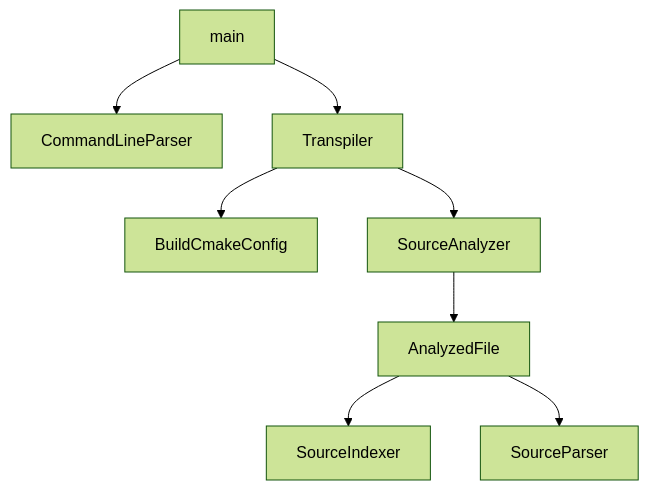
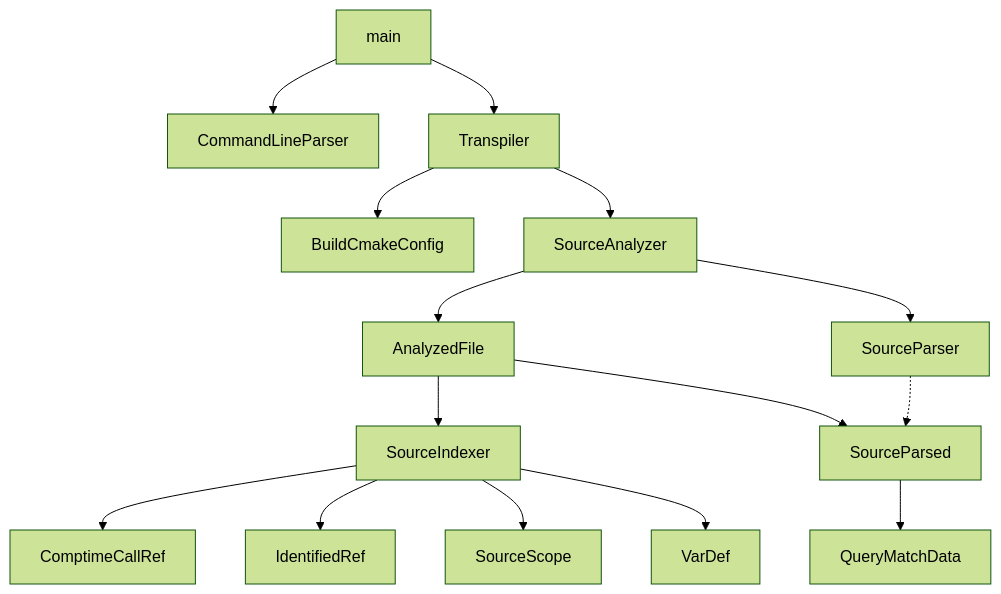
One commit to GuillaumeBouchetEpitech/LazyC changed the second of 2 diagrams in NOTES.md. Above: the diagram before and after it, drawn with Mermaid (forest theme). The commit also changed other lines of this file and 46 other files, not shown here.

````diff
--- a/NOTES.md
+++ b/NOTES.md
@@ -51,12 +51,19 @@
 ```mermaid
 
 flowchart
   main --> CommandLineParser
   main --> Transpiler
   Transpiler --> BuildCmakeConfig
   Transpiler --> SourceAnalyzer
   SourceAnalyzer --> AnalyzedFile
+  SourceAnalyzer --> SourceParser
   AnalyzedFile --> SourceIndexer
-  AnalyzedFile --> SourceParser
+  SourceIndexer --> ComptimeCallRef
+  SourceIndexer --> IdentifiedRef
+  SourceIndexer --> SourceScope
+  SourceIndexer --> VarDef
+  AnalyzedFile --> SourceParsed
+  SourceParsed --> QueryMatchData
+  SourceParser -.-> SourceParsed
 
 ```
````
